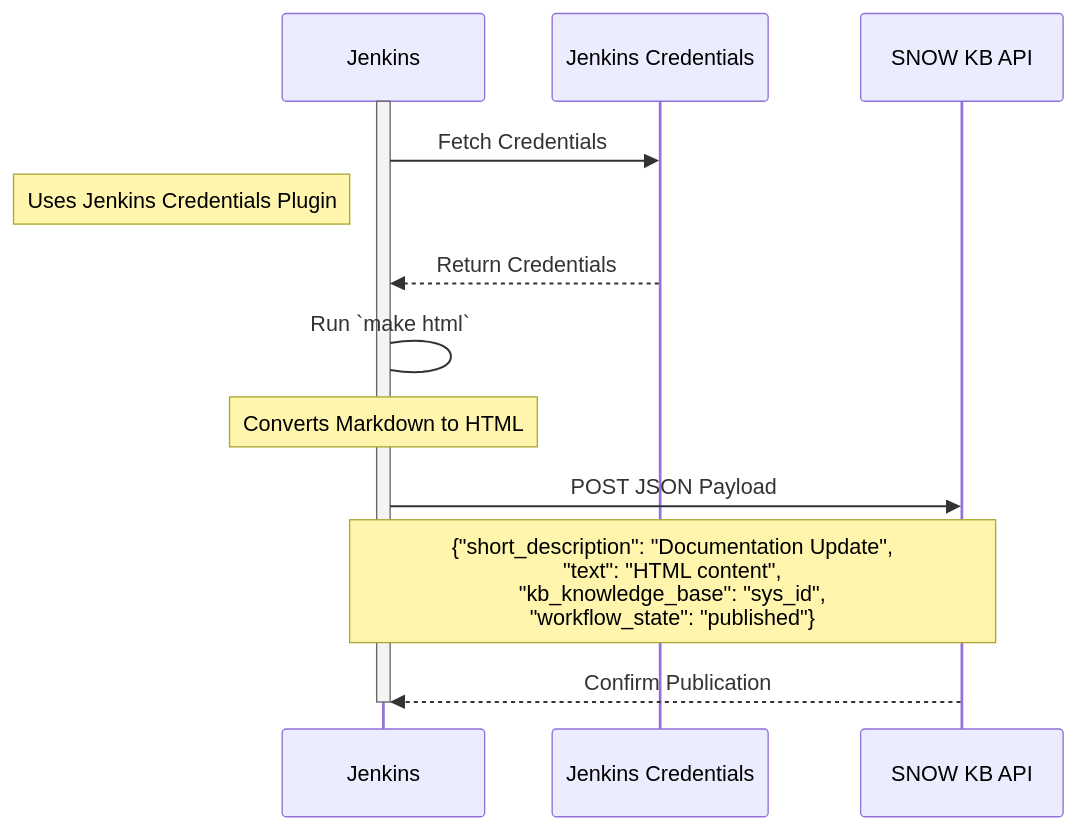
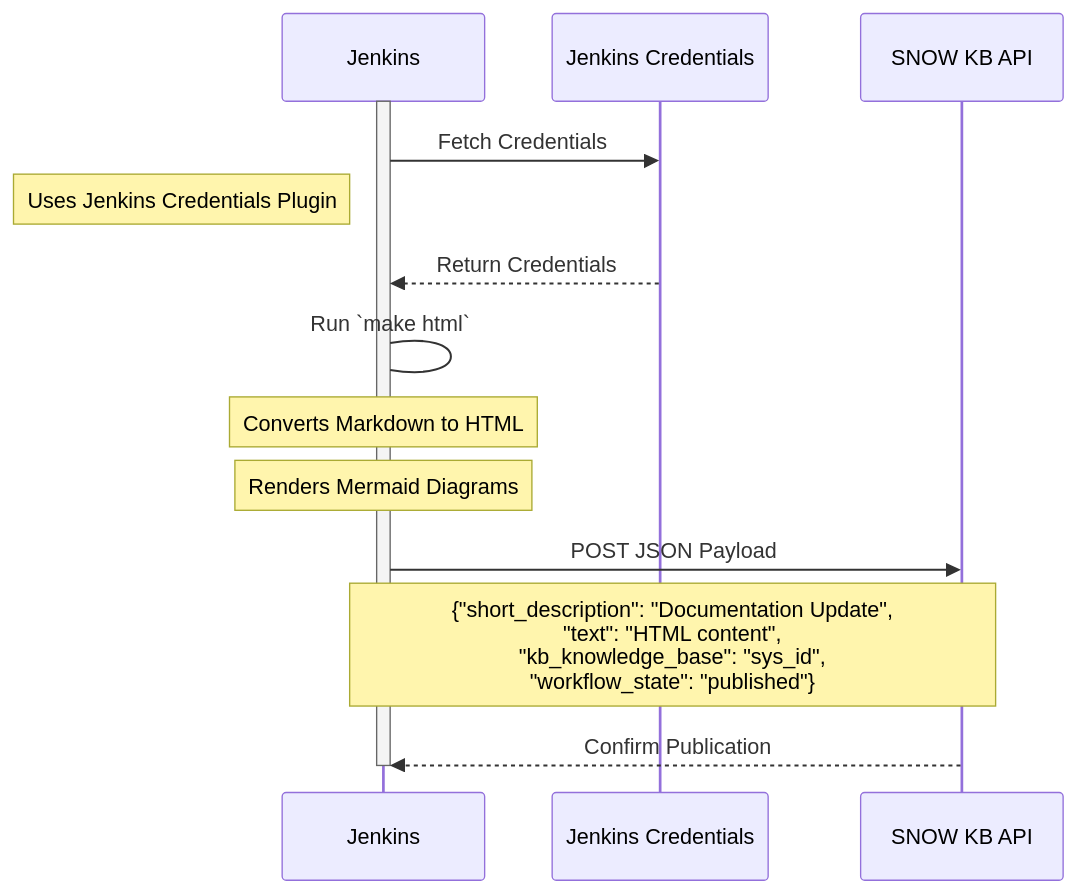
The fifth of 6 diagrams in README.md (buckeye43210/markdown-to-snowkb), drawn with Mermaid before and after one commit. The commit also changed other lines of this file, not shown here.

````diff
--- a/README.md
+++ b/README.md
@@ -232,16 +237,17 @@
 ```mermaid
 sequenceDiagram
     participant J as Jenkins
     participant C as Jenkins Credentials
     participant S as SNOW KB API
     activate J
     J->>C: Fetch Credentials
     Note left of J: Uses Jenkins Credentials Plugin
     C-->>J: Return Credentials
     J->J: Run `make html`
     Note over J: Converts Markdown to HTML
+    Note over J: Renders Mermaid Diagrams
     J->>S: POST JSON Payload
     Note over J,S: {"short_description": "Documentation Update",<br>"text": "HTML content",<br>"kb_knowledge_base": "sys_id",<br>"workflow_state": "published"}
     S-->>J: Confirm Publication
     deactivate J
 ```
````
